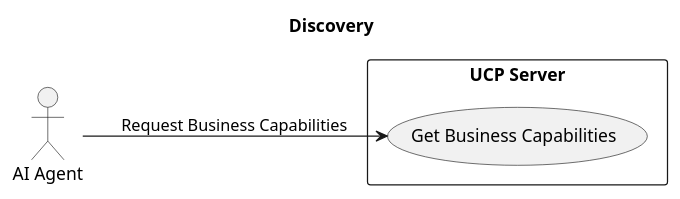
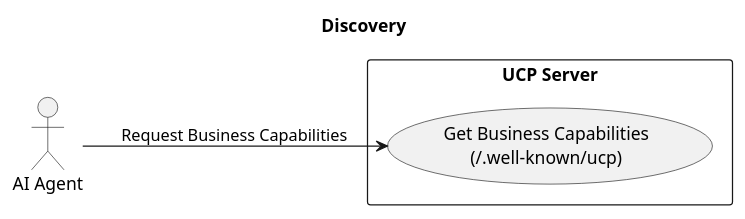
Before and after one commit to benecand/myTest: the diagram in ucp_uc_01.puml, drawn with PlantUML.

Commit message:
Modify use case title in UCP diagram
Updated use case title to include endpoint information.

```diff
--- a/ucp_uc_01.puml
+++ b/ucp_uc_01.puml
@@ -1,13 +1,14 @@
 @startuml
 left to right direction
 skinparam packageStyle rectangle
 
 title Discovery
 
 actor "AI Agent" as Client
 rectangle "UCP Server" {
-    usecase "Get Business Capabilities" as UC1
+    usecase "Get Business Capabilities\n(/.well-known/ucp)" as UC1
 }
 Client --> UC1: "Request Business Capabilities"
 
+
 @enduml
```
